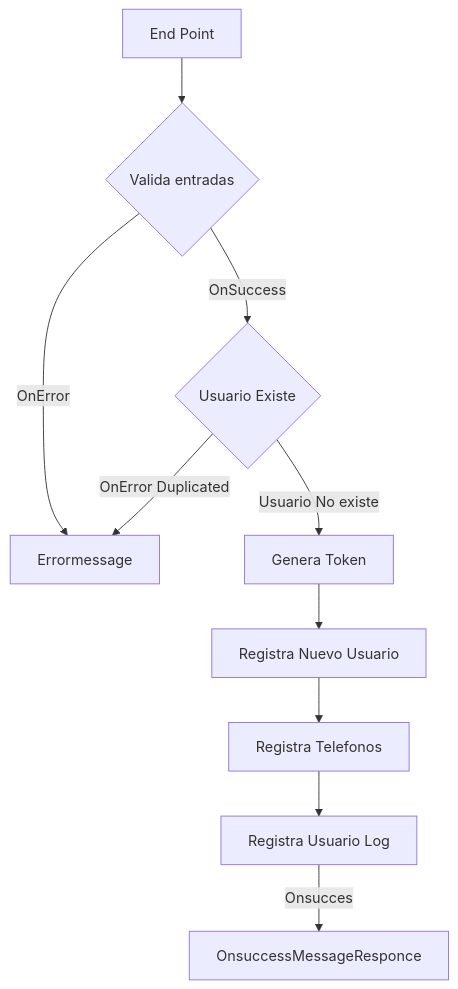
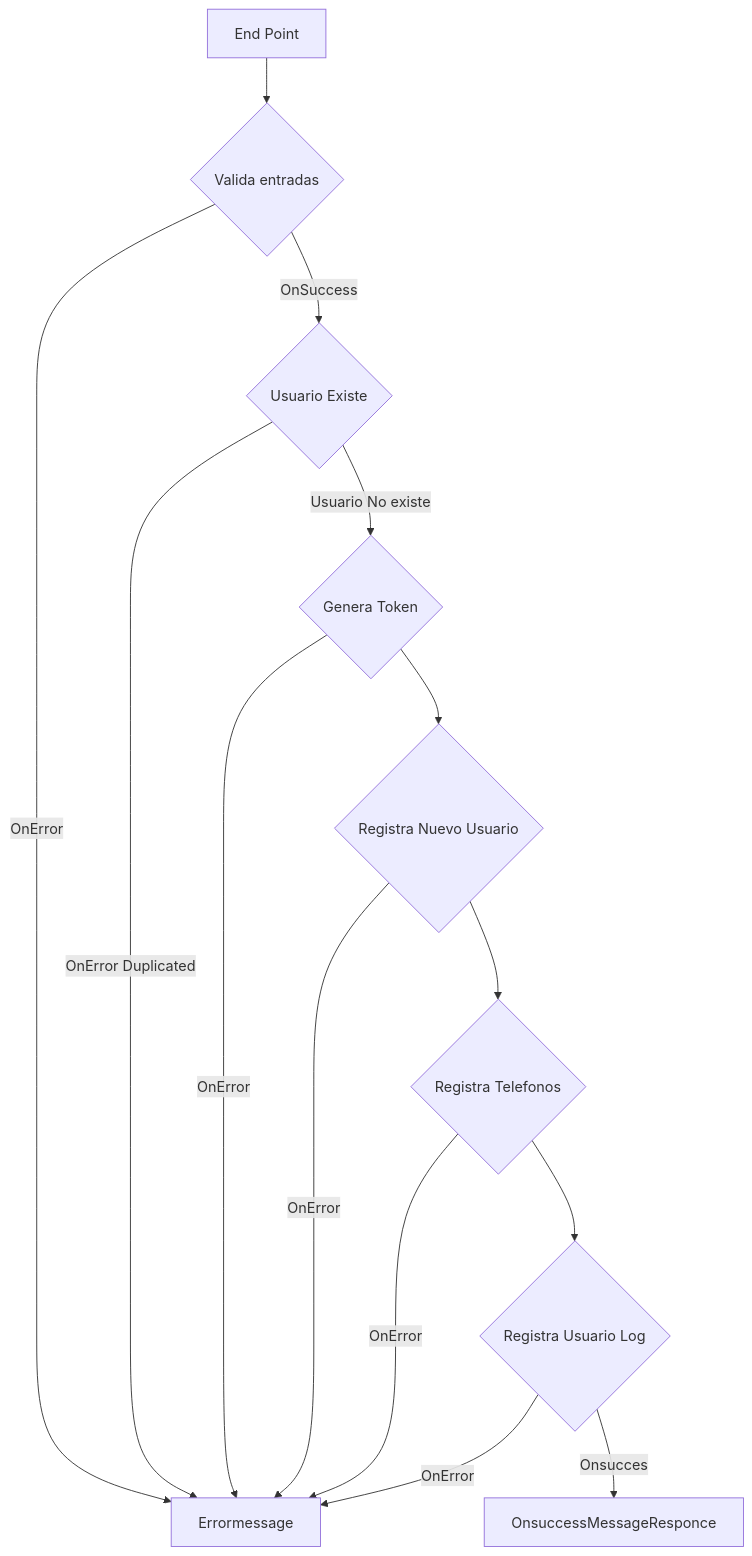
Before and after one commit to sebastianrm/nisumChallenge: the first of 2 diagrams in README.md, drawn with Mermaid. The commit also changed other lines of this file, not shown here.

````diff
--- a/README.md
+++ b/README.md
@@ -26,13 +33,13 @@
 ```mermaid
 flowchart TD
     A[End Point] 
     A --> B{Valida entradas}
     B -->|OnError| C[Errormessage]
     B -->|OnSuccess| D{Usuario Existe}
     D -->|OnError Duplicated| C
-    D -->|Usuario No existe| E[Genera Token]
-    E --> F[Registra Nuevo Usuario]
-    F --> G[Registra Telefonos]
-    G --> H[Registra Usuario Log]
+    D -->|Usuario No existe| E{Genera Token} --> |OnError| C
+    E --> F{Registra Nuevo Usuario} --> |OnError| C
+    F --> G{Registra Telefonos} --> |OnError| C
+    G --> H{Registra Usuario Log} --> |OnError| C
     H -->|Onsucces| I[OnsuccessMessageResponce]
 ```
````
